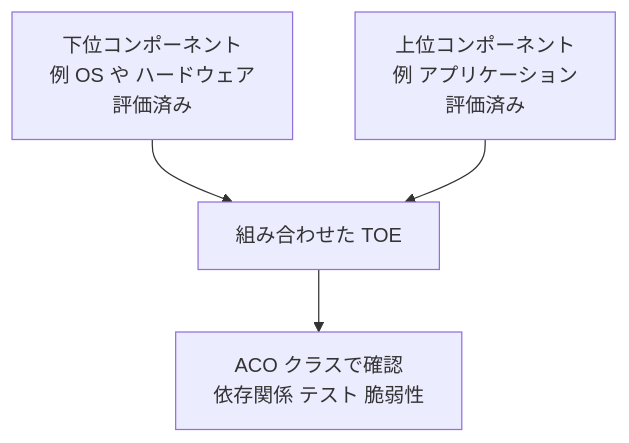
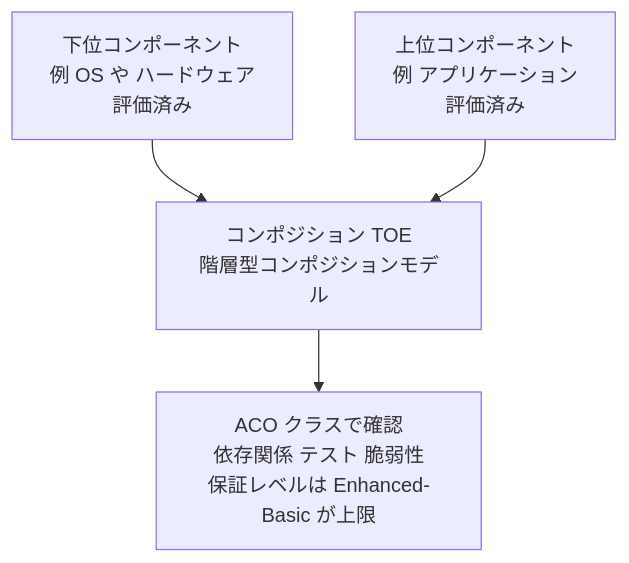
One commit to myoshi2891/Security_Studies changed diagram 11 of 18 in Iso-iec-18045-2026-guide.md. Above: the diagram before and after it, drawn with Mermaid. The commit also changed other lines of this file, not shown here.

Commit message:
docs(iso18045): clarify composition TOE scope and distinction from composite evaluation
- Clarify ACO applicability to hierarchical composition model and composed TOE
- Note maximum assurance level of Enhanced-Basic for ACO
- Explicitly distinguish composition evaluation (ACO) from composite evaluation (COMP families)
- Update flowchart node description accordingly

````diff
--- a/Iso-iec-18045-2026-guide.md
+++ b/Iso-iec-18045-2026-guide.md
@@ -505,6 +505,6 @@
 ```mermaid
 flowchart TD
     BASE["下位コンポーネント<br/>例 OS や ハードウェア<br/>評価済み"] --> COMBO
     DEP["上位コンポーネント<br/>例 アプリケーション<br/>評価済み"] --> COMBO
-    COMBO["組み合わせた TOE"] --> ACO["ACO クラスで確認<br/>依存関係 テスト 脆弱性"]
+    COMBO["コンポジション TOE<br/>階層型コンポジションモデル"] --> ACO["ACO クラスで確認<br/>依存関係 テスト 脆弱性<br/>保証レベルは Enhanced-Basic が上限"]
 ```
````
